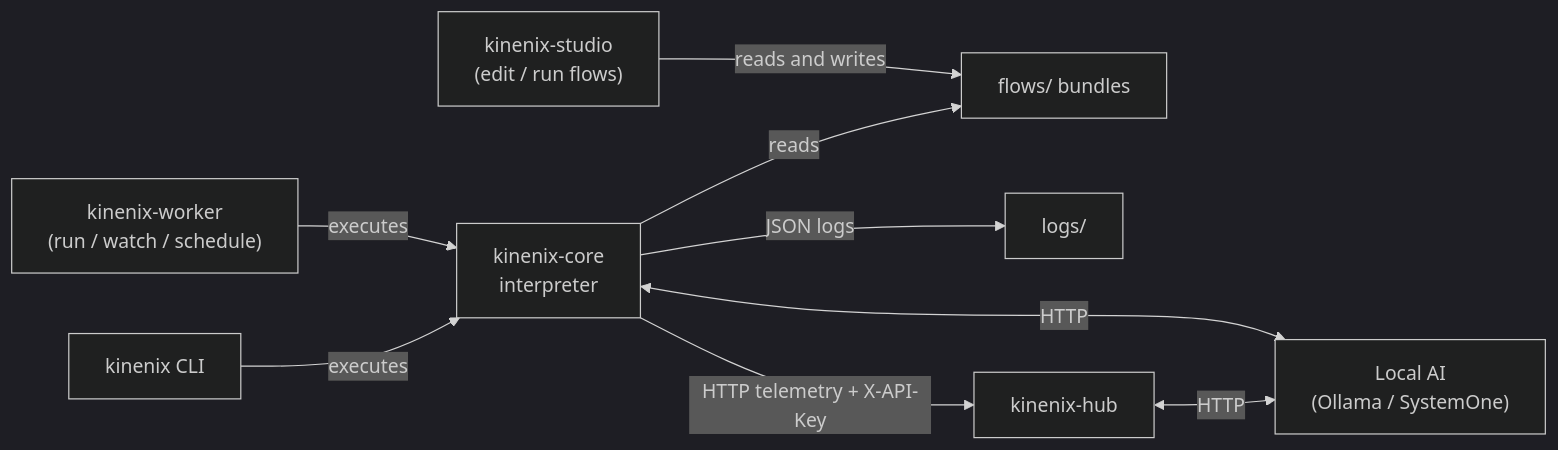
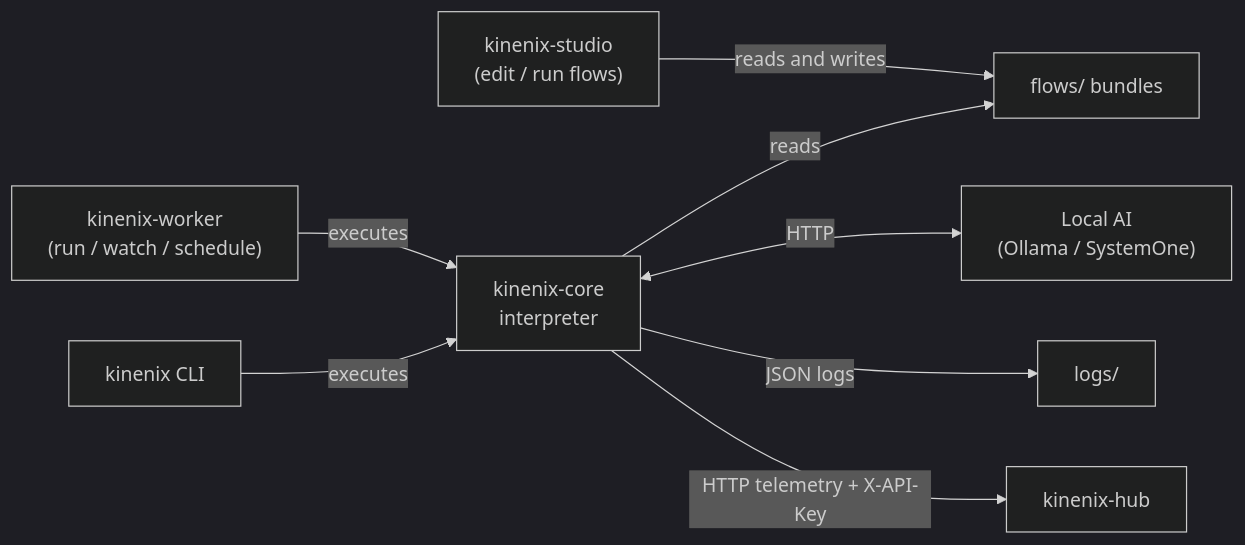
One commit to kinenix/kinenix changed the first of 3 diagrams in docs/architecture.md. Above: the diagram before and after it, drawn with Mermaid (dark theme). The commit also changed other lines of this file and 13 other files, not shown here.

````diff
--- a/docs/architecture.md
+++ b/docs/architecture.md
@@ -30,11 +30,10 @@
 ```mermaid
 graph LR
     Studio["kinenix-studio<br>(edit / run flows)"] -->|reads and writes| Flows["flows/ bundles"]
     Worker["kinenix-worker<br>(run / watch / schedule)"] -->|executes| Core["kinenix-core<br>interpreter"]
     CLI["kinenix CLI"] -->|executes| Core
     Core -->|reads| Flows
     Core <-->|HTTP| AI["Local AI<br>(Ollama / SystemOne)"]
     Core -->|JSON logs| Logs["logs/"]
     Core -->|HTTP telemetry + X-API-Key| Orch["kinenix-hub"]
-    Orch <-->|HTTP| AI
 ```
````
